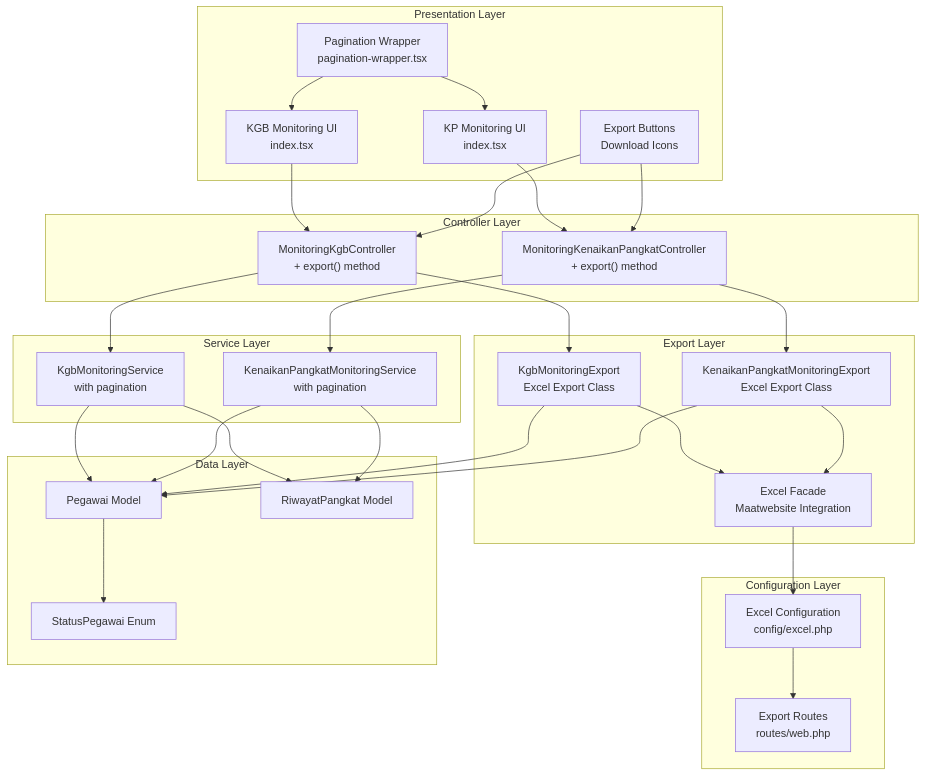
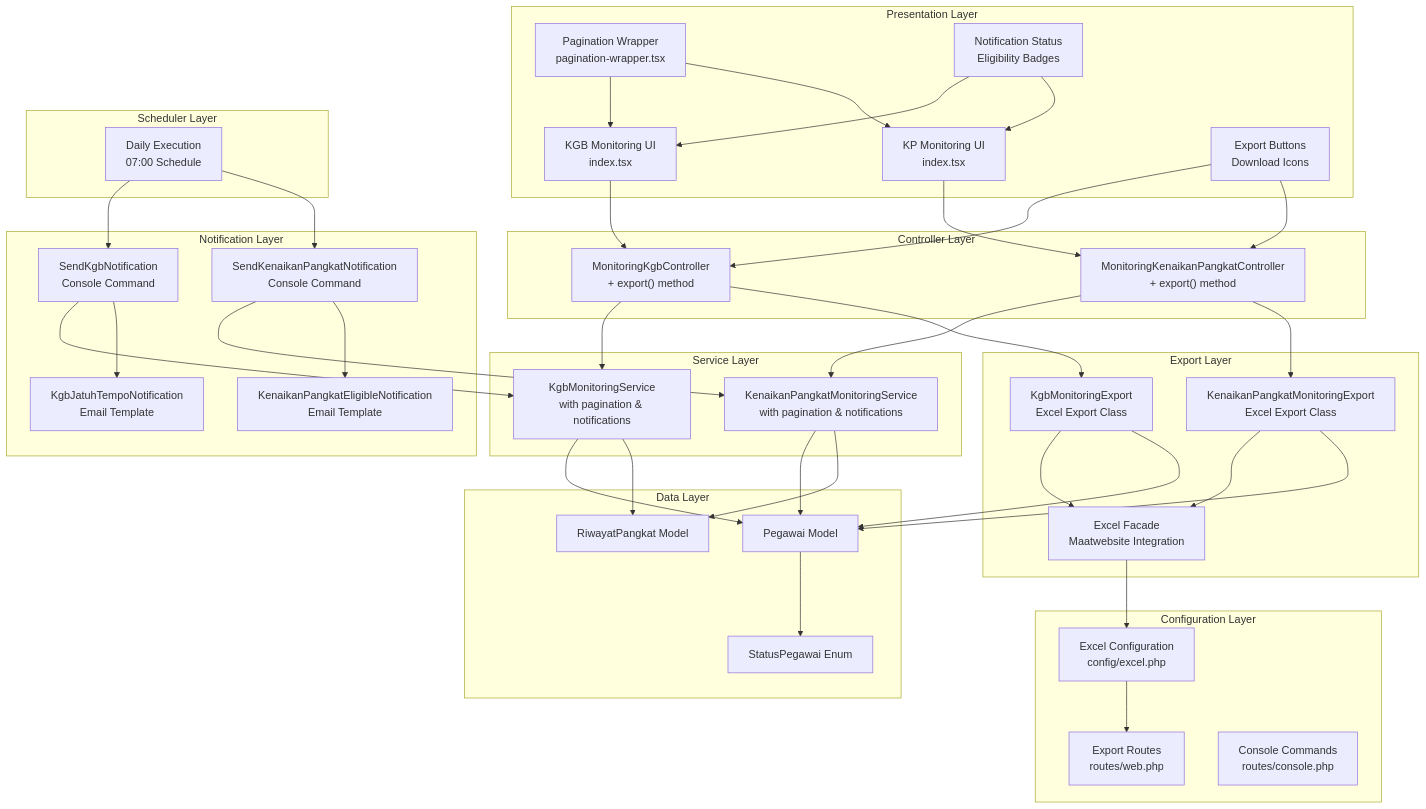
One commit to PA-Penajam/kepegawaian_apps changed the first of 7 diagrams in .qoder/repowiki/en/content/Monitoring and Analytics System/Monitoring and Analytics System.md. Above: the diagram before and after it, drawn with Mermaid. The commit also changed other lines of this file and 4 other files, not shown here.

````diff
--- a/.qoder/repowiki/en/content/Monitoring and Analytics System/Monitoring and Analytics System.md
+++ b/.qoder/repowiki/en/content/Monitoring and Analytics System/Monitoring and Analytics System.md
@@ -88,52 +107,71 @@
 ```mermaid
 graph TB
 subgraph "Presentation Layer"
 KGBUI["KGB Monitoring UI<br/>index.tsx"]
 KPUI["KP Monitoring UI<br/>index.tsx"]
 Pagination["Pagination Wrapper<br/>pagination-wrapper.tsx"]
 ExportBtn["Export Buttons<br/>Download Icons"]
+NotificationBadge["Notification Status<br/>Eligibility Badges"]
 end
 subgraph "Controller Layer"
 KGBCtrl["MonitoringKgbController<br/>+ export() method"]
 KPCtrl["MonitoringKenaikanPangkatController<br/>+ export() method"]
 end
 subgraph "Service Layer"
-KGBSvc["KgbMonitoringService<br/>with pagination"]
-KPSvc["KenaikanPangkatMonitoringService<br/>with pagination"]
+KGBSvc["KgbMonitoringService<br/>with pagination & notifications"]
+KPSvc["KenaikanPangkatMonitoringService<br/>with pagination & notifications"]
+end
+subgraph "Notification Layer"
+SendKGB["SendKgbNotification<br/>Console Command"]
+SendKP["SendKenaikanPangkatNotification<br/>Console Command"]
+KGBNotify["KgbJatuhTempoNotification<br/>Email Template"]
+KPNotify["KenaikanPangkatEligibleNotification<br/>Email Template"]
+end
+subgraph "Scheduler Layer"
+Scheduler["Daily Execution<br/>07:00 Schedule"]
 end
 subgraph "Export Layer"
 KGBExport["KgbMonitoringExport<br/>Excel Export Class"]
 KPExport["KenaikanPangkatMonitoringExport<br/>Excel Export Class"]
 ExcelFacade["Excel Facade<br/>Maatwebsite Integration"]
 end
 subgraph "Configuration Layer"
 ExcelConfig["Excel Configuration<br/>config/excel.php"]
 Routes["Export Routes<br/>routes/web.php"]
+ConsoleRoutes["Console Commands<br/>routes/console.php"]
 end
 subgraph "Data Layer"
 PegawaiModel["Pegawai Model"]
 RiwayatPangkatModel["RiwayatPangkat Model"]
 StatusEnum["StatusPegawai Enum"]
 end
 KGBUI --> KGBCtrl
 KPUI --> KPCtrl
 ExportBtn --> KGBCtrl
 ExportBtn --> KPCtrl
+NotificationBadge --> KGBUI
+NotificationBadge --> KPUI
 Pagination --> KGBUI
 Pagination --> KPUI
 KGBCtrl --> KGBSvc
 KPCtrl --> KPSvc
+SendKGB --> KGBSvc
+SendKP --> KPSvc
+SendKGB --> KGBNotify
+SendKP --> KPNotify
+Scheduler --> SendKGB
+Scheduler --> SendKP
 KGBCtrl --> KGBExport
 KPCtrl --> KPExport
 KGBExport --> ExcelFacade
 KPExport --> ExcelFacade
 ExcelFacade --> ExcelConfig
 ExcelConfig --> Routes
 KGBExport --> PegawaiModel
 KPExport --> PegawaiModel
 KGBSvc --> PegawaiModel
 KPSvc --> PegawaiModel
 KGBSvc --> RiwayatPangkatModel
 KPSvc --> RiwayatPangkatModel
 PegawaiModel --> StatusEnum
 ```
````
